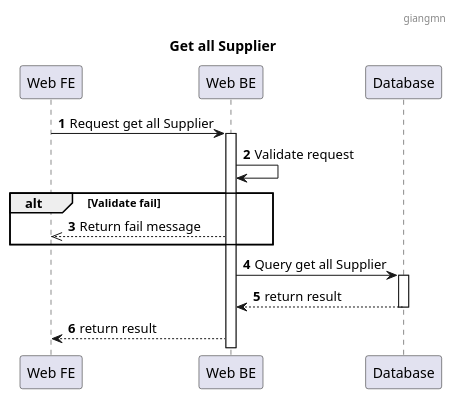
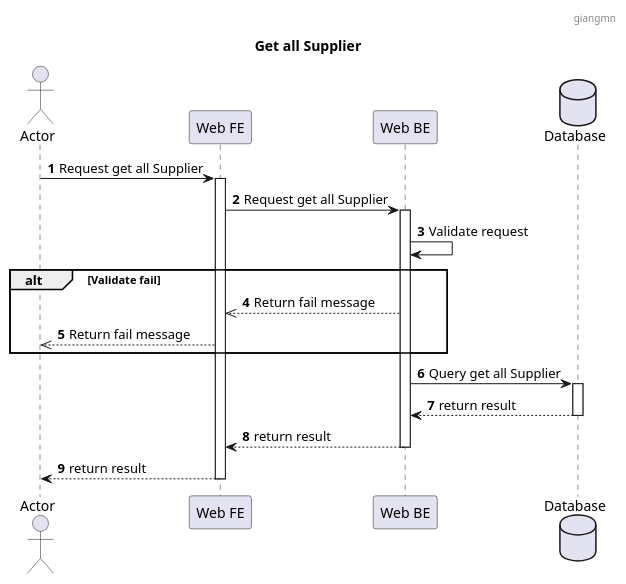
One commit to jang1902/SEP490_Sequence changed the diagram in Supplier/Get All Supplier.puml. Above: the diagram before and after it, drawn with PlantUML. The commit also changed 12 other files, not shown here.

```diff
--- a/Supplier/Get All Supplier.puml
+++ b/Supplier/Get All Supplier.puml
@@ -1,22 +1,30 @@
 @startuml
 header : giangmn
 title: Get all Supplier
 autonumber
 
+actor "Actor" as a
 participant "Web FE" as fe
 participant "Web BE" as be
-participant "Database" as db
+database "Database" as db
 
+a-> fe: Request get all Supplier
+fe++
 fe -> be: Request get all Supplier
 be++
 be -> be: Validate request
 alt Validate fail
 be -->> fe: Return fail message
+fe -->> a: Return fail message
 end
 
 be -> db: Query get all Supplier
 db++
 db --> be: return result
 db--
 be --> fe: return result
+be--
+fe-->a: return result
+fe--
+
 @enduml
```
